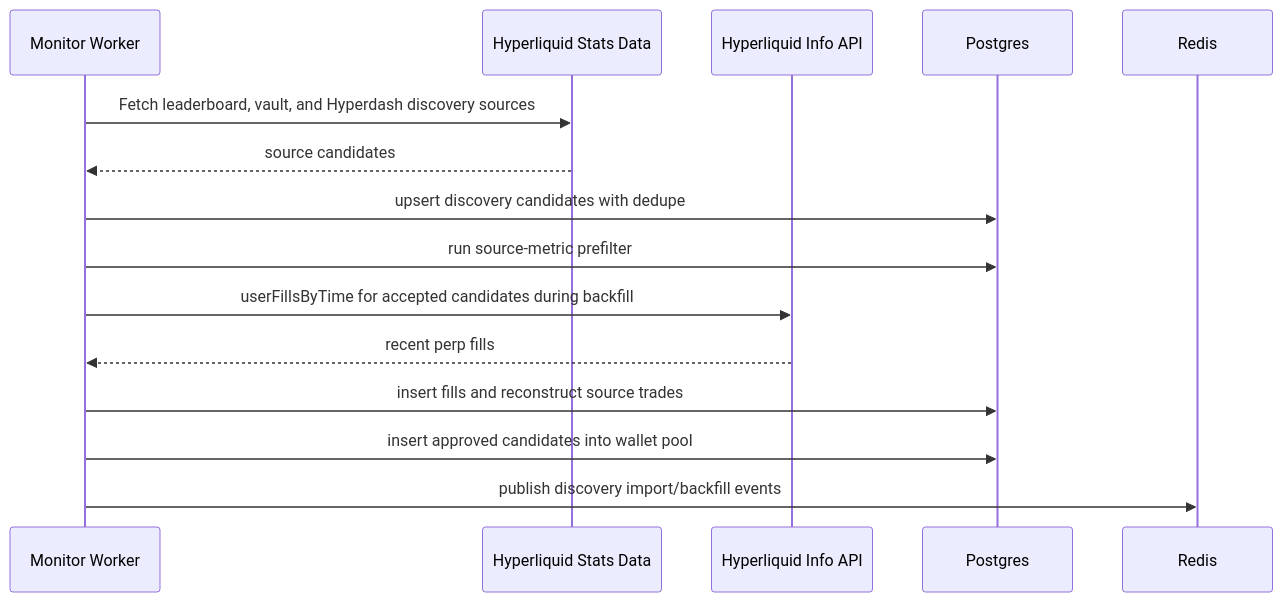
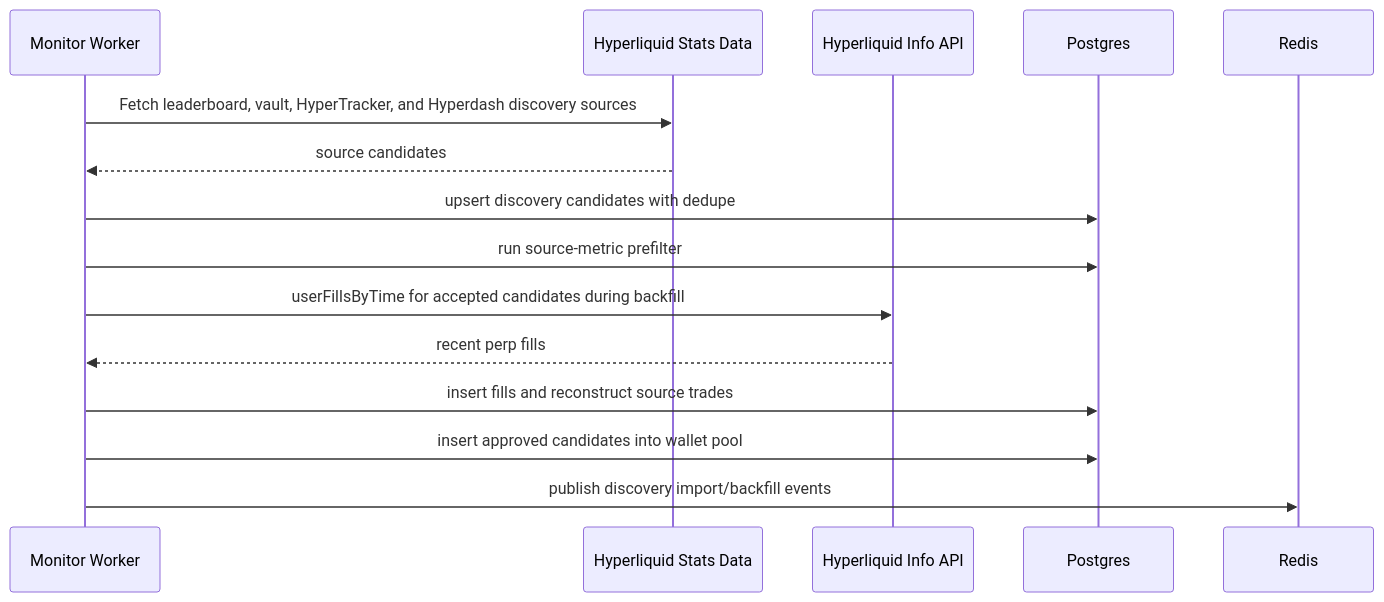
One commit to DrottPoker/copytrading-agent changed the eighth of 10 diagrams in docs/architecture.md. Above: the diagram before and after it, drawn with Mermaid. The commit also changed other lines of this file and 7 other files, not shown here.

````diff
--- a/docs/architecture.md
+++ b/docs/architecture.md
@@ -457,18 +458,18 @@
 ```mermaid
 sequenceDiagram
   participant Worker as Monitor Worker
   participant Stats as Hyperliquid Stats Data
   participant HL as Hyperliquid Info API
   participant DB as Postgres
   participant Redis as Redis
 
-  Worker->>Stats: Fetch leaderboard, vault, and Hyperdash discovery sources
+  Worker->>Stats: Fetch leaderboard, vault, HyperTracker, and Hyperdash discovery sources
   Stats-->>Worker: source candidates
   Worker->>DB: upsert discovery candidates with dedupe
   Worker->>DB: run source-metric prefilter
   Worker->>HL: userFillsByTime for accepted candidates during backfill
   HL-->>Worker: recent perp fills
   Worker->>DB: insert fills and reconstruct source trades
   Worker->>DB: insert approved candidates into wallet pool
   Worker->>Redis: publish discovery import/backfill events
 ```
````
